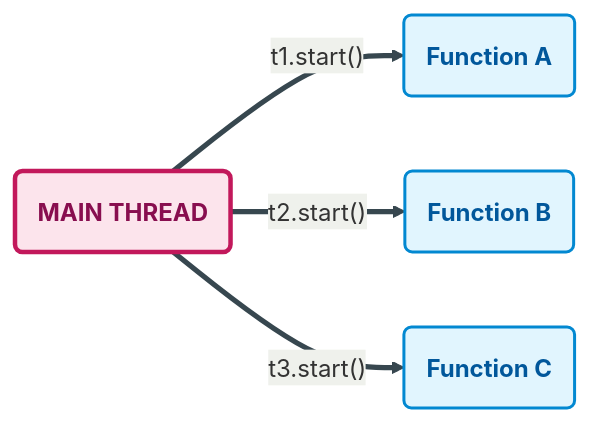
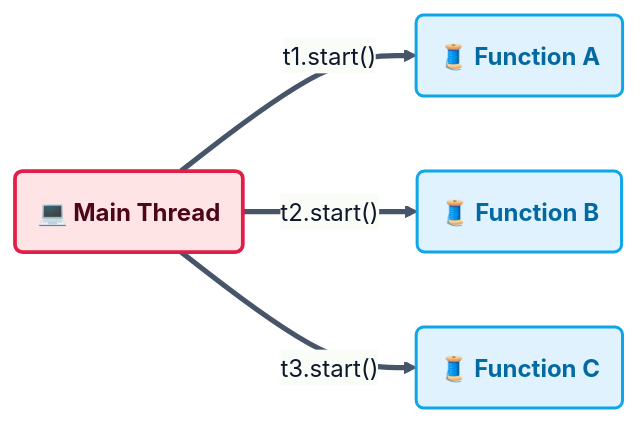
Before and after one commit to RameenAnwar/PDC-SP26-SE: the second of 9 diagrams in SyedMuhammadHuzaifaAshrafi-(23FA-035-SE)/Chapter02/README.md, drawn with Mermaid. The commit also changed other lines of this file and 5 other files, not shown here.

````diff
--- a/SyedMuhammadHuzaifaAshrafi-(23FA-035-SE)/Chapter02/README.md
+++ b/SyedMuhammadHuzaifaAshrafi-(23FA-035-SE)/Chapter02/README.md
@@ -146,15 +82,15 @@
 ```mermaid
-%%{init: {'theme': 'base', 'themeVariables': { 'lineColor': '#37474F', 'primaryColor': '#ECEFF1' }}}%%
+%%{init: {'theme': 'base', 'themeVariables': { 'lineColor': '#475569', 'primaryColor': '#f8fafc', 'primaryTextColor': '#0f172a', 'primaryBorderColor': '#cbd5e1' }}}%%
 flowchart LR
-    %% Pro Max Thread Spawning Model
-    classDef tMain fill:#FCE4EC,stroke:#C2185B,stroke-width:3px,color:#880E4F,font-weight:bold
-    classDef tChild fill:#E1F5FE,stroke:#0288D1,stroke-width:2px,color:#01579B,font-weight:bold
+    %% Premium Thread Spawning Model
+    classDef tMain fill:#ffe4e6,stroke:#e11d48,stroke-width:2.5px,color:#4c0519,font-weight:bold
+    classDef tChild fill:#e0f2fe,stroke:#0ea5e9,stroke-width:2px,color:#0369a1,font-weight:bold
 
-    Main(MAIN THREAD)
-    Main == "t1.start()" ==> F_A(Function A)
-    Main == "t2.start()" ==> F_B(Function B)
-    Main == "t3.start()" ==> F_C(Function C)
+    Main("💻 Main Thread")
+    Main == "t1.start()" ==> F_A("🧵 Function A")
+    Main == "t2.start()" ==> F_B("🧵 Function B")
+    Main == "t3.start()" ==> F_C("🧵 Function C")
 
     class Main tMain
     class F_A,F_B,F_C tChild
 ```
````
